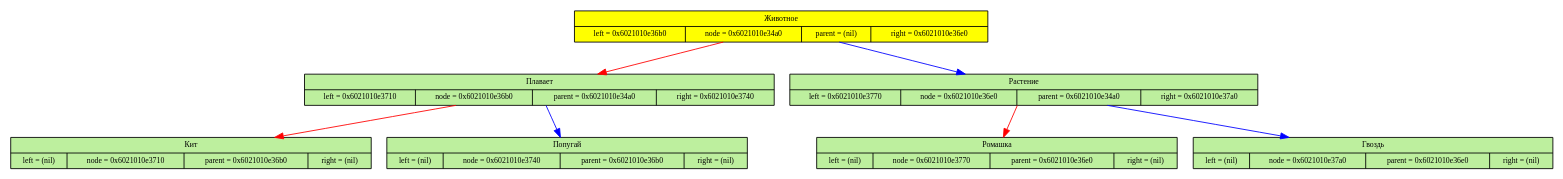
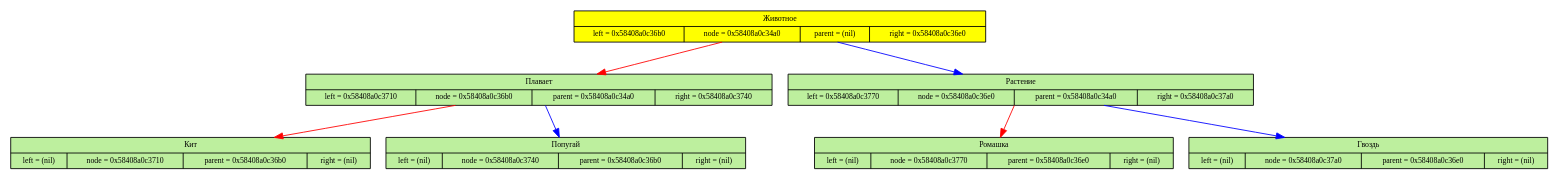
One commit to Alexandr26Starostin/okinator changed the diagram in okinator.dot. Above: the diagram before and after it, drawn with Graphviz. The commit also changed 9 other files, not shown here.

```diff
--- a/okinator.dot
+++ b/okinator.dot
@@ -1,37 +1,37 @@
 digraph
 {
 	node[fontsize=9]
 
-	node_0x6021010e34a0 [shape=record, label = "{Животное| {left = 0x6021010e36b0 | node = 0x6021010e34a0 | parent = (nil) | right = 0x6021010e36e0}}" style="filled",fillcolor="yellow"]
+	node_0x58408a0c34a0 [shape=record, label = "{Животное| {left = 0x58408a0c36b0 | node = 0x58408a0c34a0 | parent = (nil) | right = 0x58408a0c36e0}}" style="filled",fillcolor="yellow"]
 
-	node_0x6021010e36b0 [shape=record, label = "{Плавает| {left = 0x6021010e3710 | node = 0x6021010e36b0 | parent = 0x6021010e34a0 | right = 0x6021010e3740}}" style="filled",fillcolor="#BDEF9E"]
+	node_0x58408a0c36b0 [shape=record, label = "{Плавает| {left = 0x58408a0c3710 | node = 0x58408a0c36b0 | parent = 0x58408a0c34a0 | right = 0x58408a0c3740}}" style="filled",fillcolor="#BDEF9E"]
 
 	edge[color="red",fontsize=12]
-	node_0x6021010e34a0 -> node_0x6021010e36b0
+	node_0x58408a0c34a0 -> node_0x58408a0c36b0
 
-	node_0x6021010e3710 [shape=record, label = "{Кит| {left = (nil) | node = 0x6021010e3710 | parent = 0x6021010e36b0 | right = (nil)}}" style="filled",fillcolor="#BDEF9E"]
+	node_0x58408a0c3710 [shape=record, label = "{Кит| {left = (nil) | node = 0x58408a0c3710 | parent = 0x58408a0c36b0 | right = (nil)}}" style="filled",fillcolor="#BDEF9E"]
 
 	edge[color="red",fontsize=12]
-	node_0x6021010e36b0 -> node_0x6021010e3710
+	node_0x58408a0c36b0 -> node_0x58408a0c3710
 
-	node_0x6021010e3740 [shape=record, label = "{Попугай| {left = (nil) | node = 0x6021010e3740 | parent = 0x6021010e36b0 | right = (nil)}}" style="filled",fillcolor="#BDEF9E"]
+	node_0x58408a0c3740 [shape=record, label = "{Попугай| {left = (nil) | node = 0x58408a0c3740 | parent = 0x58408a0c36b0 | right = (nil)}}" style="filled",fillcolor="#BDEF9E"]
 
 	edge[color="blue",fontsize=12]
-	node_0x6021010e36b0 -> node_0x6021010e3740
+	node_0x58408a0c36b0 -> node_0x58408a0c3740
 
-	node_0x6021010e36e0 [shape=record, label = "{Растение| {left = 0x6021010e3770 | node = 0x6021010e36e0 | parent = 0x6021010e34a0 | right = 0x6021010e37a0}}" style="filled",fillcolor="#BDEF9E"]
+	node_0x58408a0c36e0 [shape=record, label = "{Растение| {left = 0x58408a0c3770 | node = 0x58408a0c36e0 | parent = 0x58408a0c34a0 | right = 0x58408a0c37a0}}" style="filled",fillcolor="#BDEF9E"]
 
 	edge[color="blue",fontsize=12]
-	node_0x6021010e34a0 -> node_0x6021010e36e0
+	node_0x58408a0c34a0 -> node_0x58408a0c36e0
 
-	node_0x6021010e3770 [shape=record, label = "{Ромашка| {left = (nil) | node = 0x6021010e3770 | parent = 0x6021010e36e0 | right = (nil)}}" style="filled",fillcolor="#BDEF9E"]
+	node_0x58408a0c3770 [shape=record, label = "{Ромашка| {left = (nil) | node = 0x58408a0c3770 | parent = 0x58408a0c36e0 | right = (nil)}}" style="filled",fillcolor="#BDEF9E"]
 
 	edge[color="red",fontsize=12]
-	node_0x6021010e36e0 -> node_0x6021010e3770
+	node_0x58408a0c36e0 -> node_0x58408a0c3770
 
-	node_0x6021010e37a0 [shape=record, label = "{Гвоздь| {left = (nil) | node = 0x6021010e37a0 | parent = 0x6021010e36e0 | right = (nil)}}" style="filled",fillcolor="#BDEF9E"]
+	node_0x58408a0c37a0 [shape=record, label = "{Гвоздь| {left = (nil) | node = 0x58408a0c37a0 | parent = 0x58408a0c36e0 | right = (nil)}}" style="filled",fillcolor="#BDEF9E"]
 
 	edge[color="blue",fontsize=12]
-	node_0x6021010e36e0 -> node_0x6021010e37a0
+	node_0x58408a0c36e0 -> node_0x58408a0c37a0
 
 	}
```
